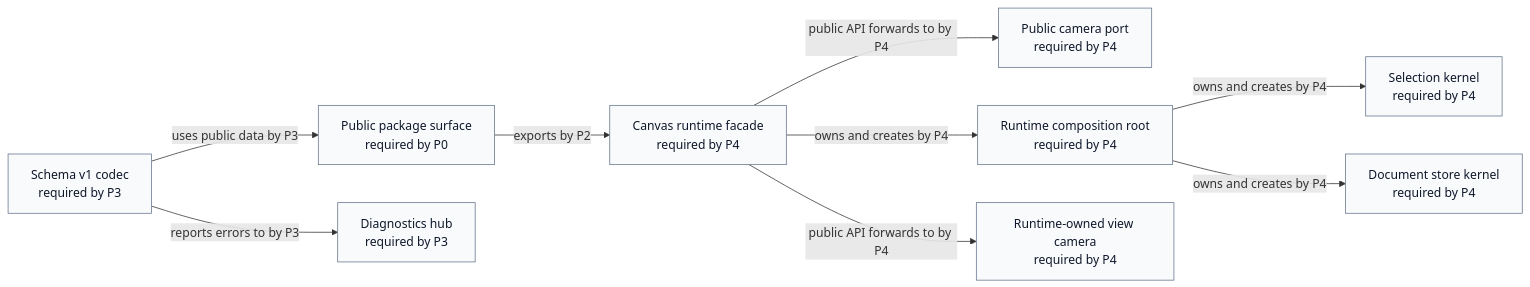
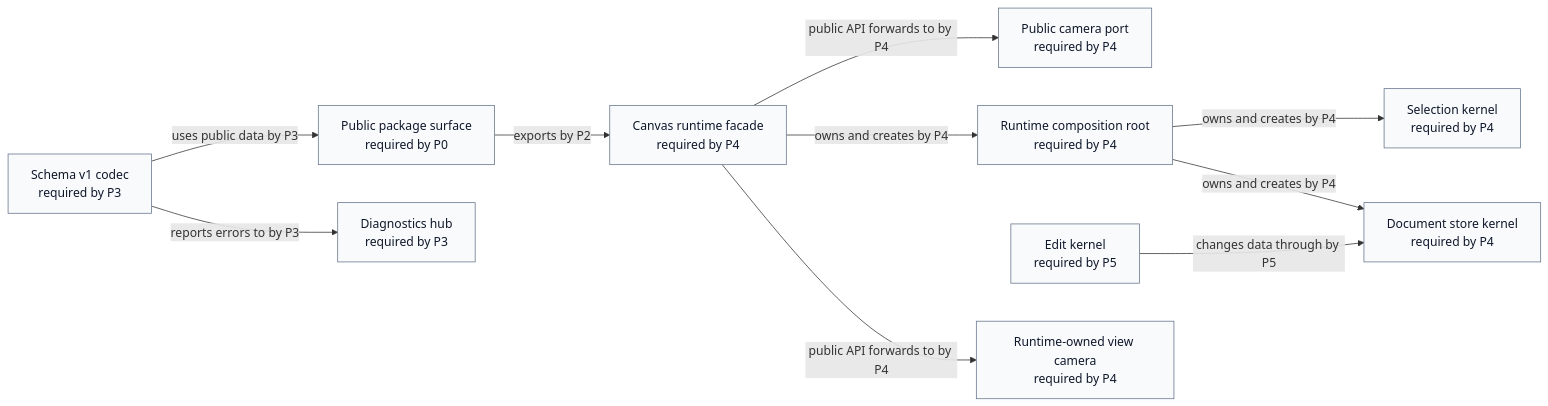
One commit to GreatPika/iwb_canvas_engine changed the diagram in docs/diagrams/generated/actual_vs_expected_diff.mmd. Above: the diagram before and after it, drawn with Mermaid. The commit also changed 14 other files, not shown here.

```diff
--- a/docs/diagrams/generated/actual_vs_expected_diff.mmd
+++ b/docs/diagrams/generated/actual_vs_expected_diff.mmd
@@ -1,24 +1,26 @@
 %% GENERATED FILE. Do not edit by hand.
 %% Source: docs/architecture/architecture_graph.yaml
 %% View: Actual vs expected selected phase diff
-%% Selected phase: P4
+%% Selected phase: P5
 flowchart LR
   api_camera_port["Public camera port<br/>required by P4"]:::ok
   api_canvas_runtime["Canvas runtime facade<br/>required by P4"]:::ok
   api_public_surface["Public package surface<br/>required by P0"]:::ok
   codec_schema_v1["Schema v1 codec<br/>required by P3"]:::ok
   diagnostics_hub["Diagnostics hub<br/>required by P3"]:::ok
+  edit_kernel["Edit kernel<br/>required by P5"]:::ok
   runtime_root["Runtime composition root<br/>required by P4"]:::ok
   runtime_view_camera["Runtime-owned view camera<br/>required by P4"]:::ok
   selection_kernel["Selection kernel<br/>required by P4"]:::ok
   store_document_kernel["Document store kernel<br/>required by P4"]:::ok
   api_canvas_runtime -->|public API forwards to by P4| runtime_view_camera
   api_canvas_runtime -->|owns and creates by P4| runtime_root
   api_canvas_runtime -->|public API forwards to by P4| api_camera_port
   api_public_surface -->|exports by P2| api_canvas_runtime
   codec_schema_v1 -->|reports errors to by P3| diagnostics_hub
   codec_schema_v1 -->|uses public data by P3| api_public_surface
+  edit_kernel -->|changes data through by P5| store_document_kernel
   runtime_root -->|owns and creates by P4| selection_kernel
   runtime_root -->|owns and creates by P4| store_document_kernel
   classDef ok fill:#f8fafc,stroke:#64748b,color:#0f172a
   classDef violation fill:#fee2e2,stroke:#dc2626,color:#7f1d1d
```
